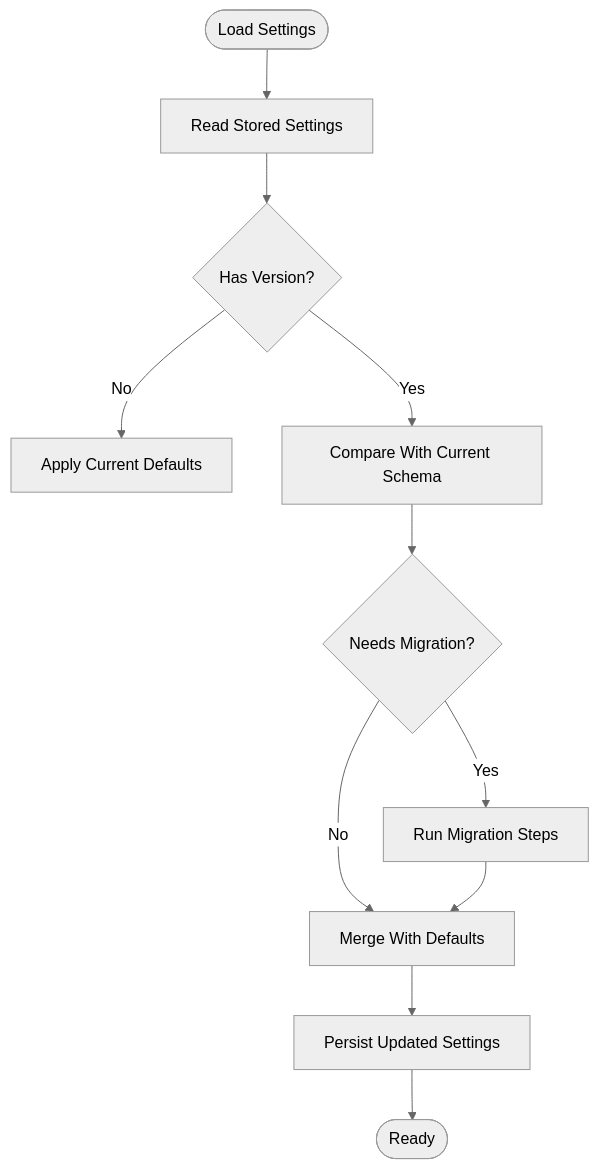
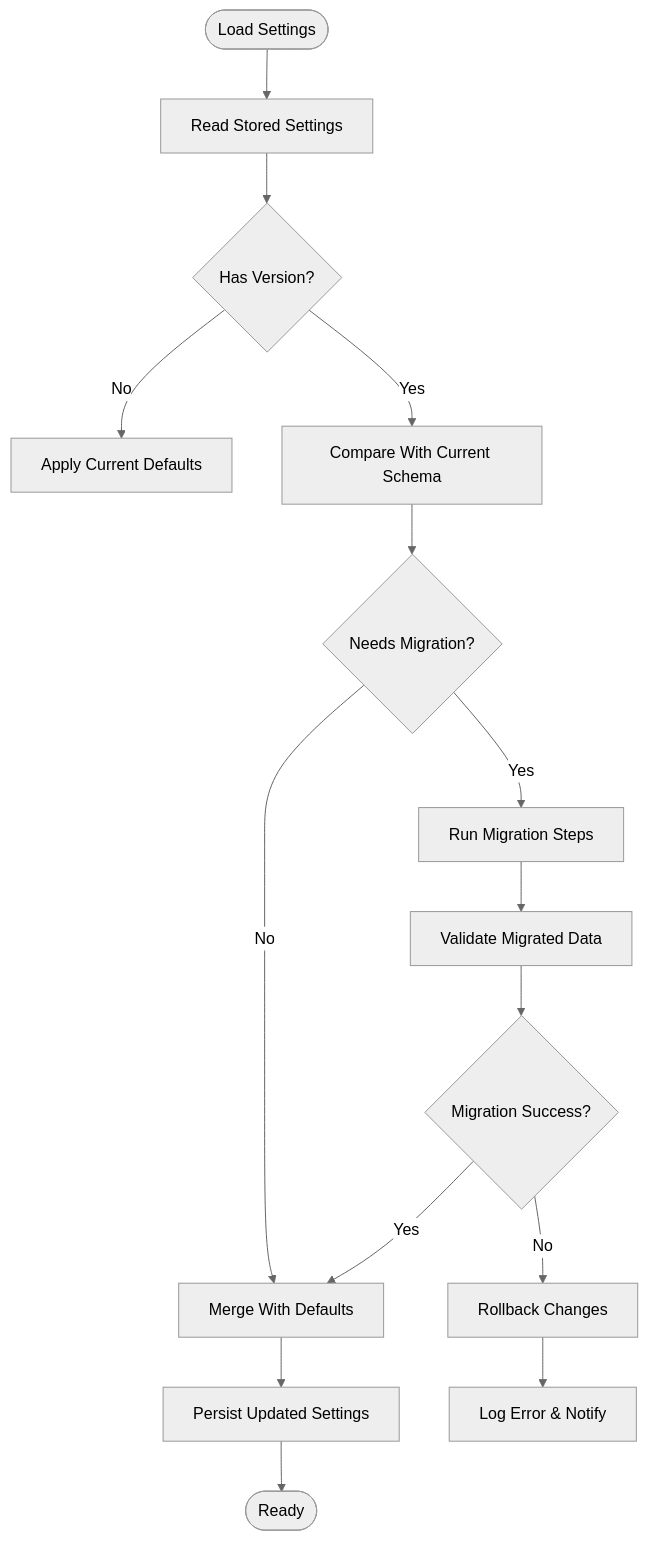
The fourth of 5 diagrams in .qoder/repowiki/en/content/Utility Libraries/Settings Configuration.md (zmyeo54/briefroom), drawn with Mermaid (neutral theme) before and after one commit. The commit also changed other lines of this file and 7 other files, not shown here.

````diff
--- a/.qoder/repowiki/en/content/Utility Libraries/Settings Configuration.md
+++ b/.qoder/repowiki/en/content/Utility Libraries/Settings Configuration.md
@@ -233,13 +321,17 @@
 ```mermaid
 flowchart TD
 Start(["Load Settings"]) --> Read["Read Stored Settings"]
 Read --> Version{"Has Version?"}
 Version --> |No| ApplyDefaults["Apply Current Defaults"]
 Version --> |Yes| Compare["Compare With Current Schema"]
 Compare --> NeedsMigrate{"Needs Migration?"}
 NeedsMigrate --> |No| Merge["Merge With Defaults"]
 NeedsMigrate --> |Yes| RunMigrations["Run Migration Steps"]
-RunMigrations --> Merge
+RunMigrations --> Validate["Validate Migrated Data"]
+Validate --> Success{"Migration Success?"}
+Success --> |Yes| Merge
+Success --> |No| Rollback["Rollback Changes"]
+Rollback --> Error["Log Error & Notify"]
 Merge --> Save["Persist Updated Settings"]
 Save --> End(["Ready"])
 ```
````
